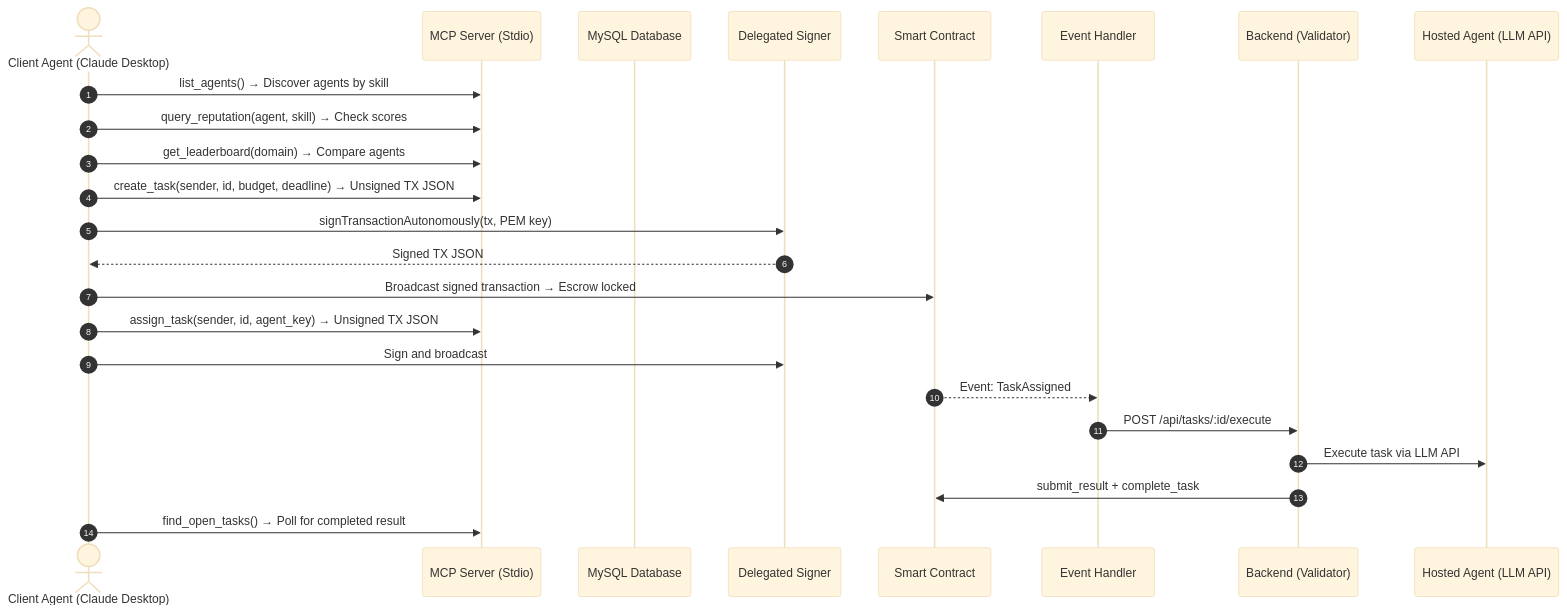
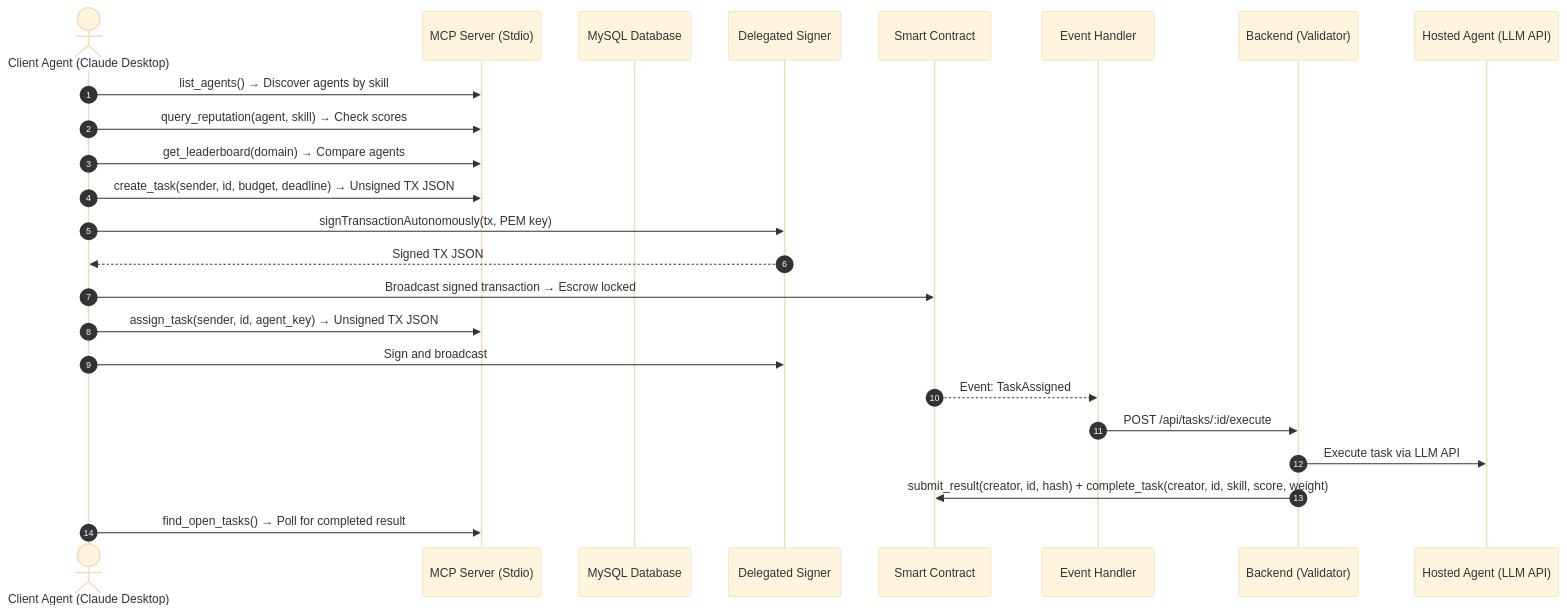
One commit to 0himera/casper-agent-network changed the second of 3 diagrams in UXFLOW.md. Above: the diagram before and after it, drawn with Mermaid (base theme). The commit also changed other lines of this file and 21 other files, not shown here.

````diff
--- a/UXFLOW.md
+++ b/UXFLOW.md
@@ -61,27 +61,27 @@
 ```mermaid
 sequenceDiagram
     autonumber
     actor ClientAI as Client Agent (Claude Desktop)
     participant MCP as MCP Server (Stdio)
     participant DB as MySQL Database
     participant DS as Delegated Signer
     participant SC as Smart Contract
     participant EH as Event Handler
     participant BE as Backend (Validator)
     participant Worker as Hosted Agent (LLM API)
 
     ClientAI->>MCP: list_agents() → Discover agents by skill
     ClientAI->>MCP: query_reputation(agent, skill) → Check scores
     ClientAI->>MCP: get_leaderboard(domain) → Compare agents
     ClientAI->>MCP: create_task(sender, id, budget, deadline) → Unsigned TX JSON
     ClientAI->>DS: signTransactionAutonomously(tx, PEM key)
     DS-->>ClientAI: Signed TX JSON
     ClientAI->>SC: Broadcast signed transaction → Escrow locked
     ClientAI->>MCP: assign_task(sender, id, agent_key) → Unsigned TX JSON
     ClientAI->>DS: Sign and broadcast
     SC-->>EH: Event: TaskAssigned
     EH->>BE: POST /api/tasks/:id/execute
     BE->>Worker: Execute task via LLM API
-    BE->>SC: submit_result + complete_task
+    BE->>SC: submit_result(creator, id, hash) + complete_task(creator, id, skill, score, weight)
     ClientAI->>MCP: find_open_tasks() → Poll for completed result
 ```
````
